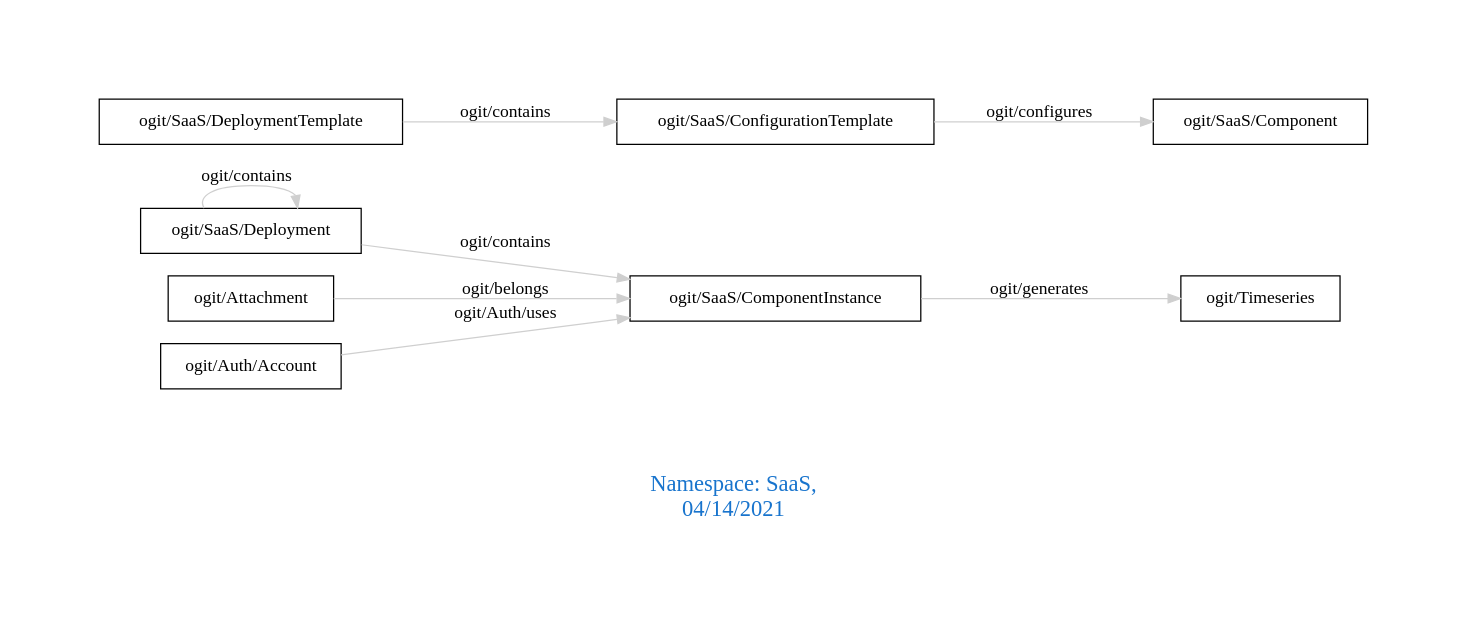
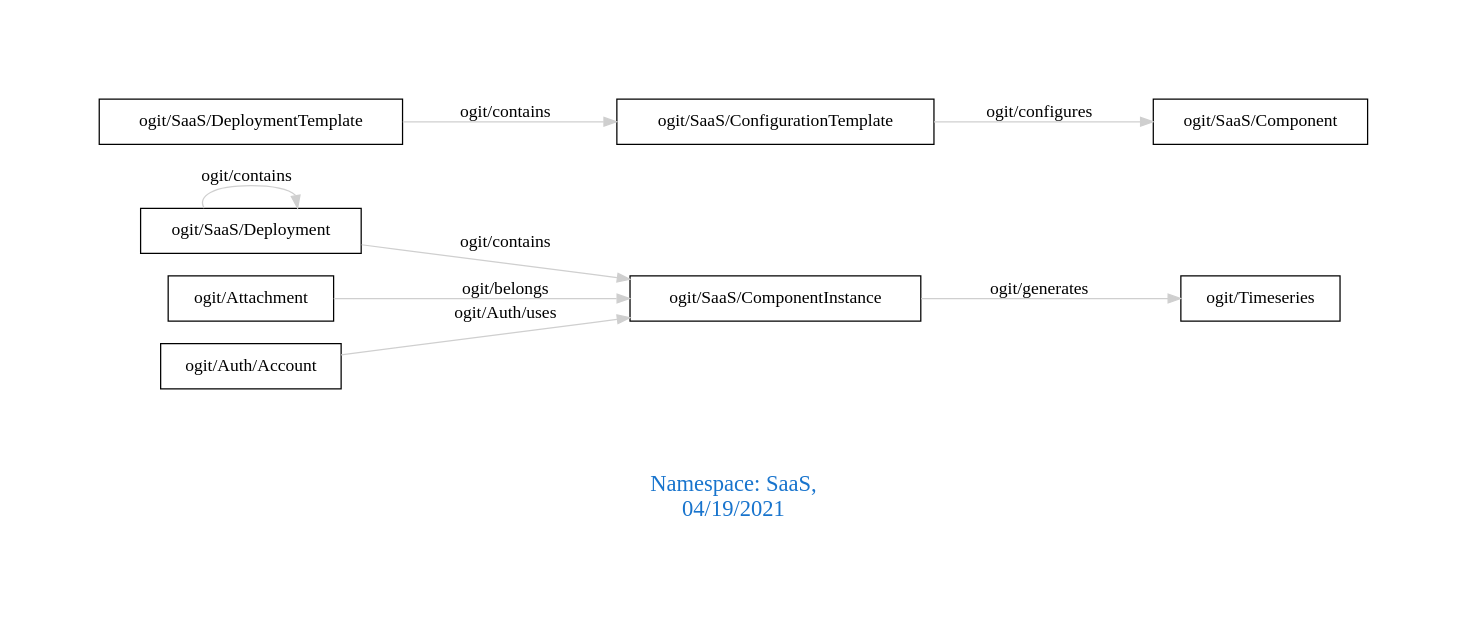
The diagram in downloads/SaaS.dot (arago/OGIT), drawn with Graphviz before and after one commit. The commit also changed 1895 other files, not shown here.

```diff
--- a/downloads/SaaS.dot
+++ b/downloads/SaaS.dot
@@ -1,15 +1,15 @@
 digraph OGIT_ontology {
  graph [ rankdir= LR,pad=1 
 fontsize = 18,
-fontcolor= dodgerblue3,label = "\n\n\nNamespace: SaaS, \n 04/14/2021"];
+fontcolor= dodgerblue3,label = "\n\n\nNamespace: SaaS, \n 04/19/2021"];
 node[shape=polygon];
 edge [  color="gray81"];
 
    "ogit/SaaS/Deployment" -> "ogit/SaaS/ComponentInstance" [label="   ogit/contains    "];
    "ogit/SaaS/DeploymentTemplate" -> "ogit/SaaS/ConfigurationTemplate" [label="   ogit/contains    "];
    "ogit/SaaS/ComponentInstance" -> "ogit/Timeseries" [label="   ogit/generates    "];
    "ogit/SaaS/ConfigurationTemplate" -> "ogit/SaaS/Component" [label="   ogit/configures    "];
    "ogit/Attachment" -> "ogit/SaaS/ComponentInstance" [label="   ogit/belongs    "];
    "ogit/Auth/Account" -> "ogit/SaaS/ComponentInstance" [label="   ogit/Auth/uses    "];
    "ogit/SaaS/Deployment" -> "ogit/SaaS/Deployment" [label="   ogit/contains    "];
 }
```
